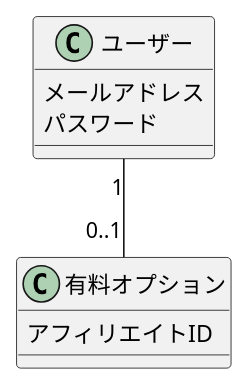
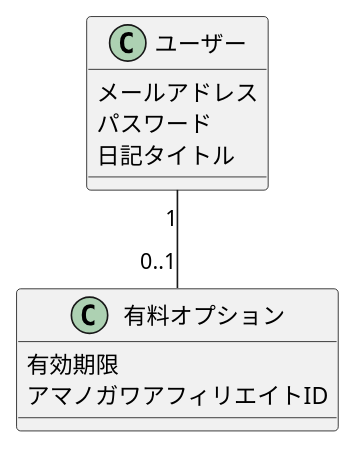
The diagram in ch03/excercise/3-2.puml (yinm/uml-modeling-lesson), drawn with PlantUML before and after one commit. The commit also changed 1 other file, not shown here.

```diff
--- a/ch03/excercise/3-2.puml
+++ b/ch03/excercise/3-2.puml
@@ -1,14 +1,16 @@
 @startuml
 
 class ユーザー {
   メールアドレス
   パスワード
+  日記タイトル
 }
 
 class 有料オプション {
-  アフィリエイトID
+  有効期限
+  アマノガワアフィリエイトID
 }
 
 ユーザー "1"--"0..1" 有料オプション
 
 @enduml
```
